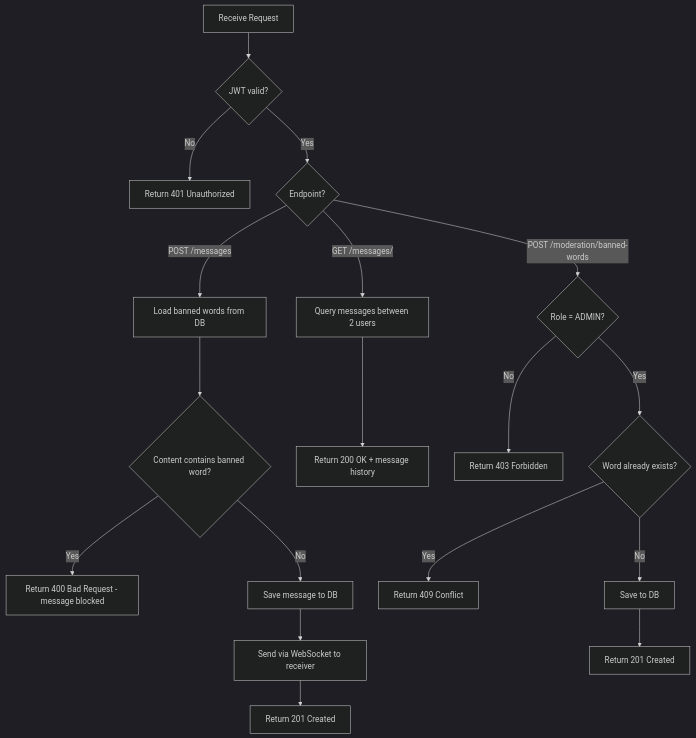
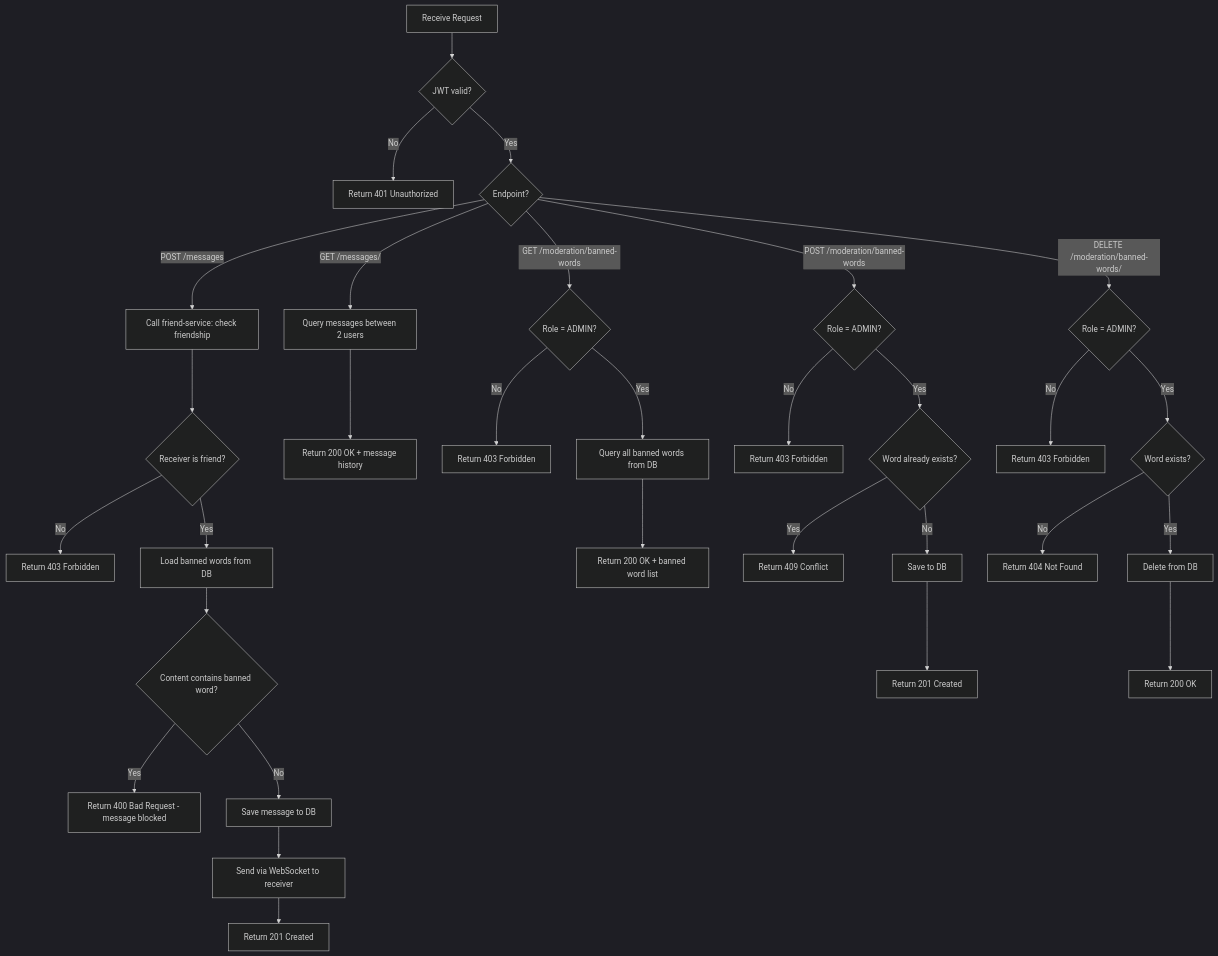
One commit to HiepNguyen284/chatapp-microservice changed the fifth of 5 diagrams in docs/analysis-and-design.md. Above: the diagram before and after it, drawn with Mermaid (dark theme). The commit also changed other lines of this file, not shown here.

````diff
--- a/docs/analysis-and-design.md
+++ b/docs/analysis-and-design.md
@@ -335,23 +350,38 @@
 ```mermaid
 flowchart TD
     A[Receive Request] --> B{JWT valid?}
     B -->|No| B1[Return 401 Unauthorized]
     B -->|Yes| C{Endpoint?}
 
-    C -->|POST /messages| D[Load banned words from DB]
+    C -->|POST /messages| D0[Call friend-service: check friendship]
+    D0 --> D0a{Receiver is friend?}
+    D0a -->|No| D01[Return 403 Forbidden]
+    D0a -->|Yes| D[Load banned words from DB]
     D --> E{Content contains banned word?}
     E -->|Yes| F1[Return 400 Bad Request - message blocked]
     E -->|No| G[Save message to DB]
     G --> H[Send via WebSocket to receiver]
     H --> I[Return 201 Created]
 
     C -->|GET /messages/<userId>| J[Query messages between 2 users]
     J --> J1[Return 200 OK + message history]
 
+    C -->|GET /moderation/banned-words| L{Role = ADMIN?}
+    L -->|No| L1[Return 403 Forbidden]
+    L -->|Yes| L2[Query all banned words from DB]
+    L2 --> L3[Return 200 OK + banned word list]
+
     C -->|POST /moderation/banned-words| K{Role = ADMIN?}
     K -->|No| K1[Return 403 Forbidden]
     K -->|Yes| K2{Word already exists?}
     K2 -->|Yes| K3[Return 409 Conflict]
     K2 -->|No| K4[Save to DB]
     K4 --> K5[Return 201 Created]
+
+    C -->|DELETE /moderation/banned-words/<id>| N{Role = ADMIN?}
+    N -->|No| N1[Return 403 Forbidden]
+    N -->|Yes| N2{Word exists?}
+    N2 -->|No| N3[Return 404 Not Found]
+    N2 -->|Yes| N4[Delete from DB]
+    N4 --> N5[Return 200 OK]
 ```
````
